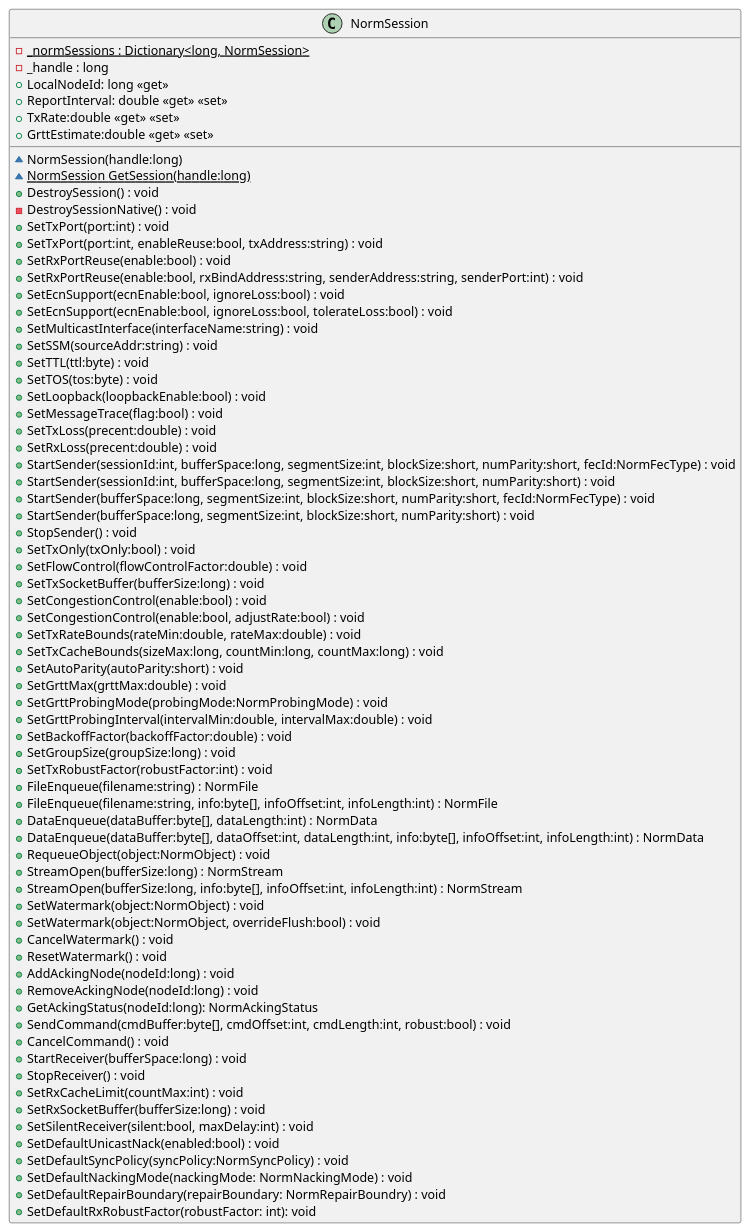
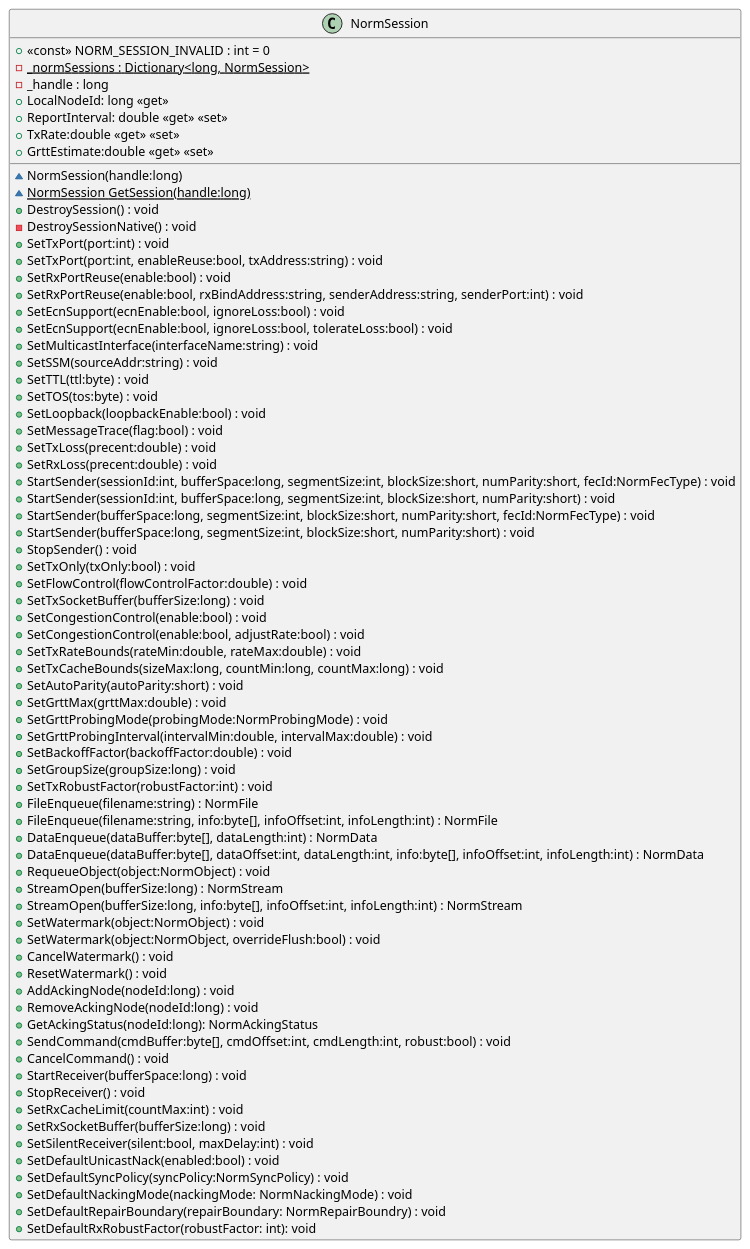
Before and after one commit to mullerj/norm: the diagram in src/dotnet/design/Mil/Navy/Nrl/Norm/NormSession.puml, drawn with PlantUML. The commit also changed 4 other files, not shown here.

```diff
--- a/src/dotnet/design/Mil/Navy/Nrl/Norm/NormSession.puml
+++ b/src/dotnet/design/Mil/Navy/Nrl/Norm/NormSession.puml
@@ -1,73 +1,74 @@
 @startuml
 class NormSession {
+    + <<const>> NORM_SESSION_INVALID : int = 0
     {static} -_normSessions : Dictionary<long, NormSession>
     - _handle : long
     ~ NormSession(handle:long)
     {static} ~ NormSession GetSession(handle:long)
     + DestroySession() : void
     - DestroySessionNative() : void
     + LocalNodeId: long <<get>>
     + SetTxPort(port:int) : void
     + SetTxPort(port:int, enableReuse:bool, txAddress:string) : void
     + SetRxPortReuse(enable:bool) : void
     + SetRxPortReuse(enable:bool, rxBindAddress:string, senderAddress:string, senderPort:int) : void
     + SetEcnSupport(ecnEnable:bool, ignoreLoss:bool) : void
     + SetEcnSupport(ecnEnable:bool, ignoreLoss:bool, tolerateLoss:bool) : void
     + SetMulticastInterface(interfaceName:string) : void
     + SetSSM(sourceAddr:string) : void
     + SetTTL(ttl:byte) : void
     + SetTOS(tos:byte) : void
     + SetLoopback(loopbackEnable:bool) : void
     + SetMessageTrace(flag:bool) : void
     + SetTxLoss(precent:double) : void
     + SetRxLoss(precent:double) : void
     + ReportInterval: double <<get>> <<set>>
     + StartSender(sessionId:int, bufferSpace:long, segmentSize:int, blockSize:short, numParity:short, fecId:NormFecType) : void
     + StartSender(sessionId:int, bufferSpace:long, segmentSize:int, blockSize:short, numParity:short) : void
     + StartSender(bufferSpace:long, segmentSize:int, blockSize:short, numParity:short, fecId:NormFecType) : void
     + StartSender(bufferSpace:long, segmentSize:int, blockSize:short, numParity:short) : void
     + StopSender() : void
     + SetTxOnly(txOnly:bool) : void
     + TxRate:double <<get>> <<set>>
     + SetFlowControl(flowControlFactor:double) : void
     + SetTxSocketBuffer(bufferSize:long) : void
     + SetCongestionControl(enable:bool) : void
     + SetCongestionControl(enable:bool, adjustRate:bool) : void
     + SetTxRateBounds(rateMin:double, rateMax:double) : void
     + SetTxCacheBounds(sizeMax:long, countMin:long, countMax:long) : void
     + SetAutoParity(autoParity:short) : void
     + GrttEstimate:double <<get>> <<set>>
     + SetGrttMax(grttMax:double) : void
     + SetGrttProbingMode(probingMode:NormProbingMode) : void
     + SetGrttProbingInterval(intervalMin:double, intervalMax:double) : void
     + SetBackoffFactor(backoffFactor:double) : void
     + SetGroupSize(groupSize:long) : void
     + SetTxRobustFactor(robustFactor:int) : void
     + FileEnqueue(filename:string) : NormFile
     + FileEnqueue(filename:string, info:byte[], infoOffset:int, infoLength:int) : NormFile
     + DataEnqueue(dataBuffer:byte[], dataLength:int) : NormData
     + DataEnqueue(dataBuffer:byte[], dataOffset:int, dataLength:int, info:byte[], infoOffset:int, infoLength:int) : NormData
     + RequeueObject(object:NormObject) : void
     + StreamOpen(bufferSize:long) : NormStream
     + StreamOpen(bufferSize:long, info:byte[], infoOffset:int, infoLength:int) : NormStream
     + SetWatermark(object:NormObject) : void
     + SetWatermark(object:NormObject, overrideFlush:bool) : void
     + CancelWatermark() : void
     + ResetWatermark() : void
     + AddAckingNode(nodeId:long) : void
     + RemoveAckingNode(nodeId:long) : void
     + GetAckingStatus(nodeId:long): NormAckingStatus
     + SendCommand(cmdBuffer:byte[], cmdOffset:int, cmdLength:int, robust:bool) : void
     + CancelCommand() : void
     + StartReceiver(bufferSpace:long) : void
     + StopReceiver() : void
     + SetRxCacheLimit(countMax:int) : void
     + SetRxSocketBuffer(bufferSize:long) : void
     + SetSilentReceiver(silent:bool, maxDelay:int) : void
     + SetDefaultUnicastNack(enabled:bool) : void
     + SetDefaultSyncPolicy(syncPolicy:NormSyncPolicy) : void
     + SetDefaultNackingMode(nackingMode: NormNackingMode) : void
     + SetDefaultRepairBoundary(repairBoundary: NormRepairBoundry) : void
     + SetDefaultRxRobustFactor(robustFactor: int): void
 }
 @enduml
```
